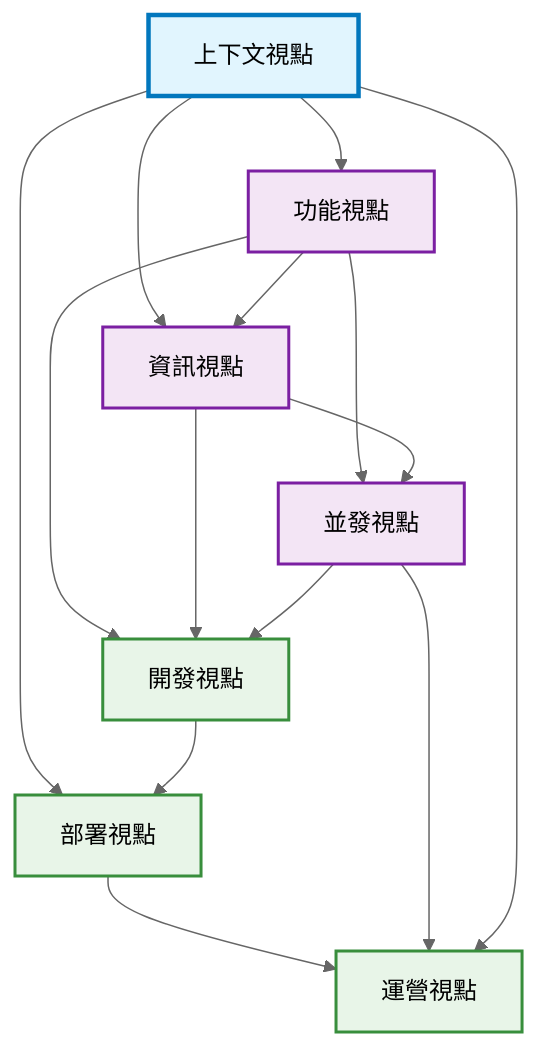
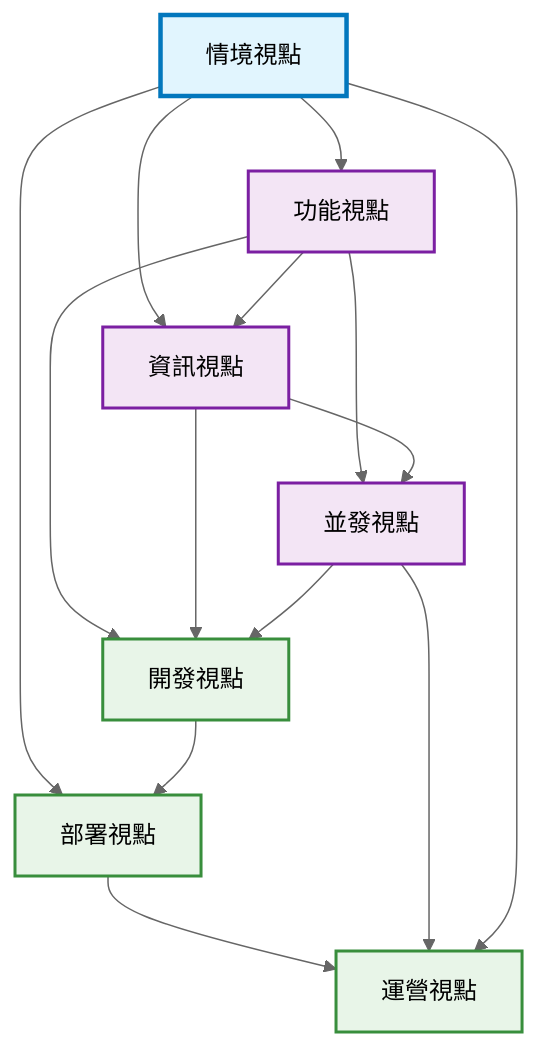
The diagram in docs/viewpoints/README.md (humank/genai-demo), drawn with Mermaid (neutral theme) before and after one commit. The commit also changed other lines of this file and 5 other files, not shown here.

````diff
--- a/docs/viewpoints/README.md
+++ b/docs/viewpoints/README.md
@@ -50,24 +50,24 @@
 ```mermaid
 graph TD
-    Ctx[上下文視點] --> F[功能視點]
+    Ctx[情境視點] --> F[功能視點]
     Ctx --> I[資訊視點]
     F --> I
     F --> C[並發視點]
     I --> C
     F --> Dev[開發視點]
     I --> Dev
     C --> Dev
     Ctx --> Dep[部署視點]
     Dev --> Dep
     Dep --> O[運營視點]
     C --> O
     Ctx --> O
     
     classDef contextViewpoint fill:#e1f5fe,stroke:#0277bd,stroke-width:3px
     classDef coreViewpoint fill:#f3e5f5,stroke:#7b1fa2,stroke-width:2px
     classDef implementationViewpoint fill:#e8f5e8,stroke:#388e3c,stroke-width:2px
     
     class Ctx contextViewpoint
     class F,I,C coreViewpoint
     class Dev,Dep,O implementationViewpoint
 ```
````
